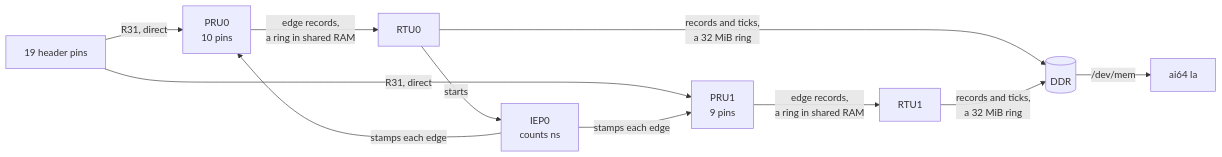
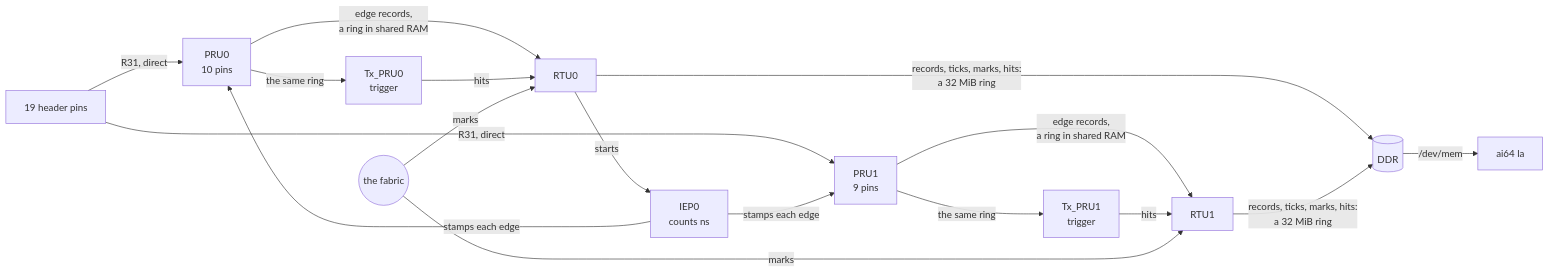
One commit to kevinacahalan/BeagleBoneAI64-linux-zephyr-pru-c7x-c66x-demo changed the diagram in pru/logic_analyzer/README.md. Above: the diagram before and after it, drawn with Mermaid. The commit also changed other lines of this file and 19 other files, not shown here.

First line of the commit message:
Logic analyzer: Tx_PRU triggers, RTUs as fabric nodes 10 and 11 with marks, ai64 la measure

````diff
--- a/pru/logic_analyzer/README.md
+++ b/pru/logic_analyzer/README.md
@@ -39,13 +39,19 @@
 ```mermaid
 flowchart LR
   pins["19 header pins"] -->|"R31, direct"| pru0["PRU0<br/>10 pins"]
   pins -->|"R31, direct"| pru1["PRU1<br/>9 pins"]
   iep["IEP0<br/>counts ns"] -->|"stamps each edge"| pru0
   iep -->|"stamps each edge"| pru1
   pru0 -->|"edge records,<br/>a ring in shared RAM"| rtu0["RTU0"]
   pru1 -->|"edge records,<br/>a ring in shared RAM"| rtu1["RTU1"]
+  pru0 -->|"the same ring"| tx0["Tx_PRU0<br/>trigger"]
+  pru1 -->|"the same ring"| tx1["Tx_PRU1<br/>trigger"]
+  tx0 -->|"hits"| rtu0
+  tx1 -->|"hits"| rtu1
   rtu0 -->|"starts"| iep
-  rtu0 -->|"records and ticks,<br/>a 32 MiB ring"| ddr[("DDR")]
-  rtu1 -->|"records and ticks,<br/>a 32 MiB ring"| ddr
+  rtu0 -->|"records, ticks, marks, hits:<br/>a 32 MiB ring"| ddr[("DDR")]
+  rtu1 -->|"records, ticks, marks, hits:<br/>a 32 MiB ring"| ddr
+  fab(("the fabric")) -->|"marks"| rtu0
+  fab -->|"marks"| rtu1
   ddr -->|"/dev/mem"| ai64["ai64 la"]
 ```
````
